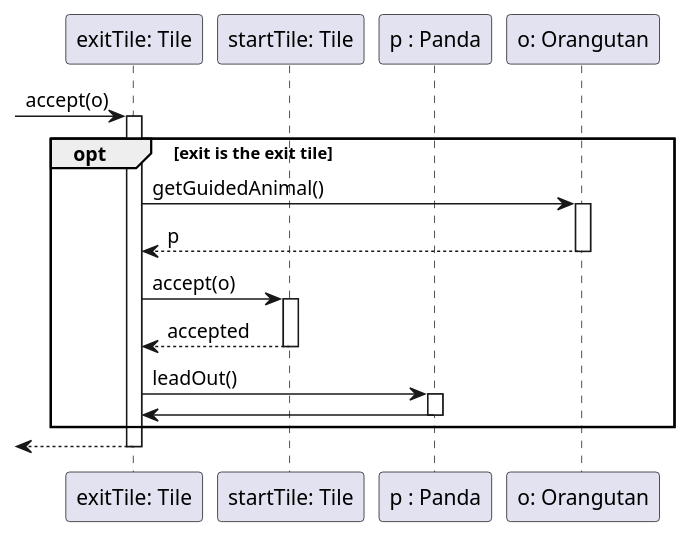
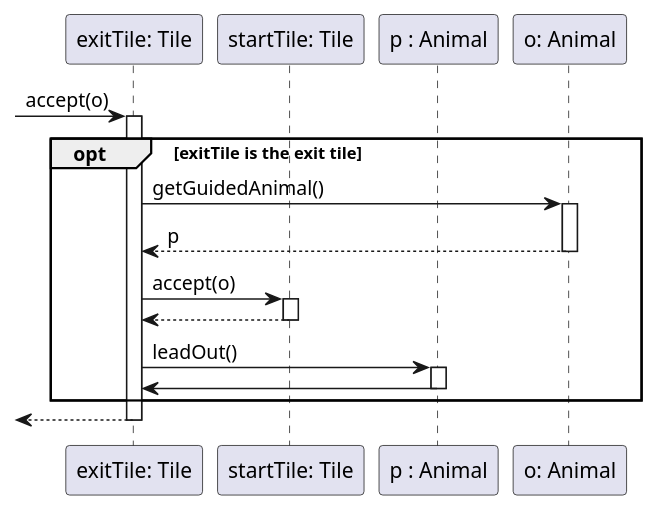
Before and after one commit to bokovhu/software-project-laboratory-assignment: the diagram in 3-analysis-modell/java/src/main/plantuml/SequenceDiagram_Orangutan_leadsPandasOut.puml, drawn with PlantUML. The commit also changed 2 other files, not shown here.

```diff
--- a/3-analysis-modell/java/src/main/plantuml/SequenceDiagram_Orangutan_leadsPandasOut.puml
+++ b/3-analysis-modell/java/src/main/plantuml/SequenceDiagram_Orangutan_leadsPandasOut.puml
@@ -1,23 +1,23 @@
 @startuml
 participant "exitTile: Tile" as exit
 participant "startTile: Tile" as entry
-participant "p : Panda" as p
-participant "o: Orangutan" as o
+participant "p : Animal" as p
+participant "o: Animal" as o
 
 [-> exit : accept(o)
 activate exit
-opt exit is the exit tile
+opt exitTile is the exit tile
 exit -> o ++ : getGuidedAnimal()
 o --> exit -- : p
 
 exit -> entry ++ : accept(o)
-entry --> exit -- : accepted
+entry --> exit -- :
 
 exit -> p ++ : leadOut()
 p -> exit --
 end
 
 [<--exit
 deactivate exit
 
 @enduml
```
